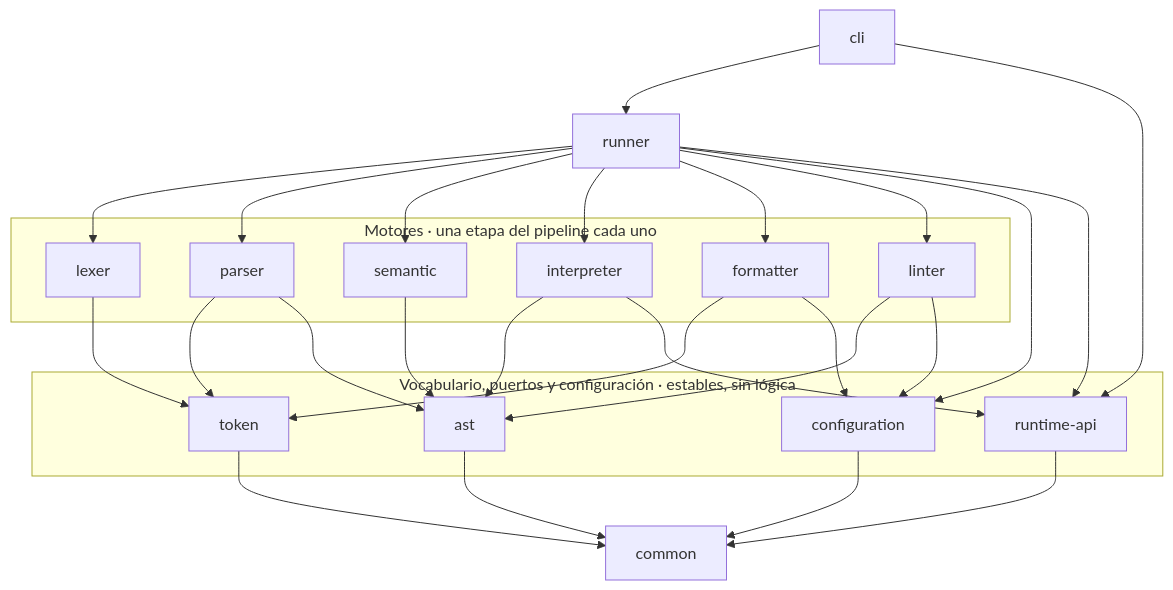
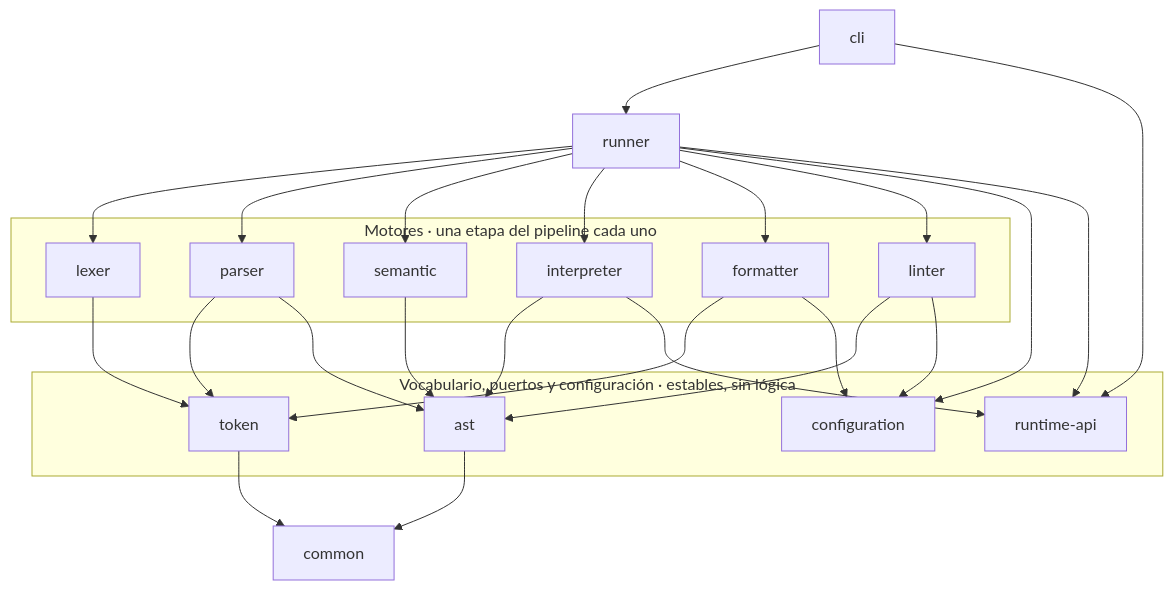
Before and after one commit to MartinaCousido/PrintScript: the first of 2 diagrams in docs/arquitectura.md, drawn with Mermaid. The commit also changed other lines of this file and 50 other files, not shown here.

````diff
--- a/docs/arquitectura.md
+++ b/docs/arquitectura.md
@@ -13,51 +13,49 @@
 ```mermaid
 flowchart TD
     cli["cli"]
     runner["runner"]
 
     subgraph motores["Motores · una etapa del pipeline cada uno"]
         lexer["lexer"]
         parser["parser"]
         semantic["semantic"]
         interpreter["interpreter"]
         formatter["formatter"]
         linter["linter"]
     end
 
     subgraph vocabulario["Vocabulario, puertos y configuración · estables, sin lógica"]
         token["token"]
         ast["ast"]
         runtimeapi["runtime-api"]
         config["configuration"]
     end
 
     common["common"]
 
     cli --> runner
     cli --> runtimeapi
 
     runner --> lexer
     runner --> parser
     runner --> semantic
     runner --> interpreter
     runner --> formatter
     runner --> linter
     runner --> config
     runner --> runtimeapi
 
     lexer --> token
     parser --> token
     parser --> ast
     semantic --> ast
     interpreter --> ast
     interpreter --> runtimeapi
     formatter --> token
     formatter --> config
     linter --> ast
     linter --> config
 
     token --> common
     ast --> common
-    config --> common
-    runtimeapi --> common
 ```
````
